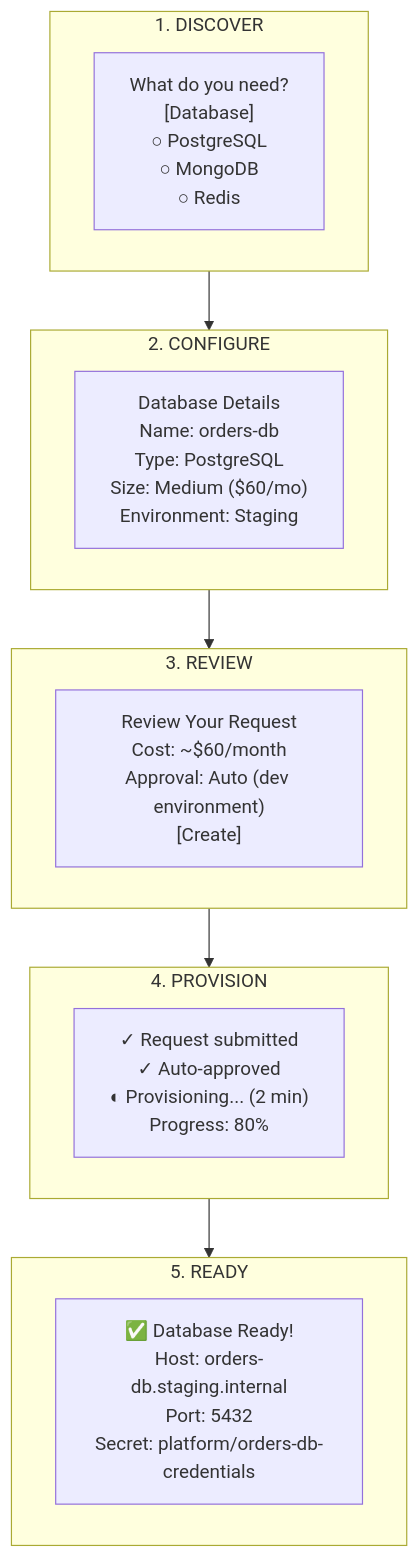
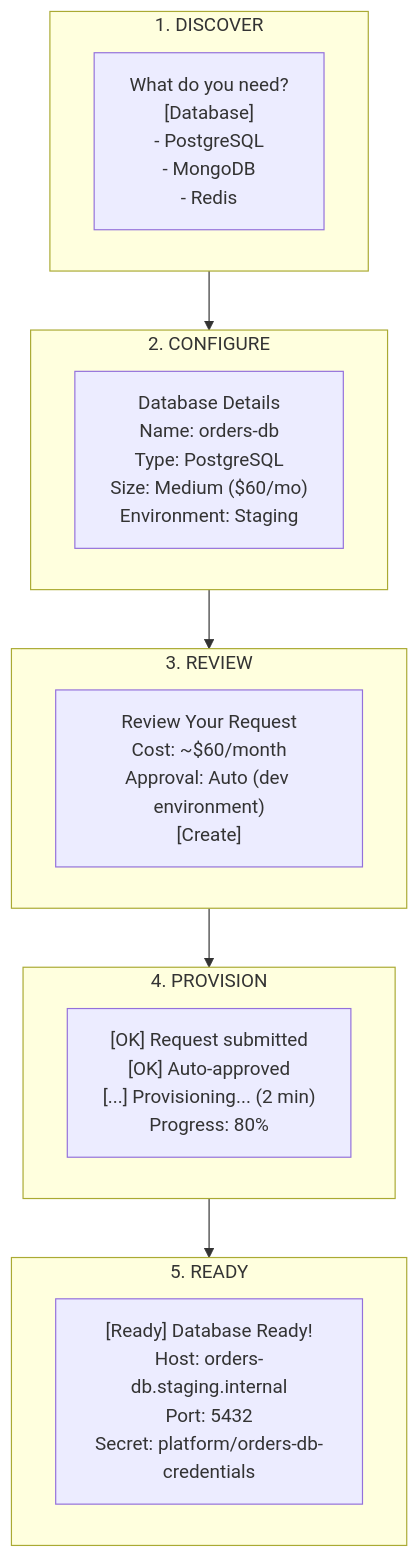
The seventh of 9 diagrams in src/content/docs/platform/disciplines/core-platform/platform-engineering/module-2.5-self-service-infrastructure.md (kube-dojo/kube-dojo), drawn with Mermaid before and after one commit. The commit also changed other lines of this file, not shown here.

Commit message:
chore(content): write-only draft [platform/disciplines/core-platform/platform-engineering/module-2.5-self-service-infrastructure]

````diff
--- a/src/content/docs/platform/disciplines/core-platform/platform-engineering/module-2.5-self-service-infrastructure.md
+++ b/src/content/docs/platform/disciplines/core-platform/platform-engineering/module-2.5-self-service-infrastructure.md
@@ -707,24 +709,24 @@
 ```mermaid
 flowchart TD
     subgraph S1["1. DISCOVER"]
-        D["What do you need?<br/>[Database]<br/>○ PostgreSQL<br/>○ MongoDB<br/>○ Redis"]
+        D["What do you need?<br/>[Database]<br/>- PostgreSQL<br/>- MongoDB<br/>- Redis"]
     end
     
     subgraph S2["2. CONFIGURE"]
         C["Database Details<br/>Name: orders-db<br/>Type: PostgreSQL<br/>Size: Medium ($60/mo)<br/>Environment: Staging"]
     end
     
     subgraph S3["3. REVIEW"]
         R["Review Your Request<br/>Cost: ~$60/month<br/>Approval: Auto (dev environment)<br/>[Create]"]
     end
     
     subgraph S4["4. PROVISION"]
-        P["✓ Request submitted<br/>✓ Auto-approved<br/>◐ Provisioning... (2 min)<br/>Progress: 80%"]
+        P["[OK] Request submitted<br/>[OK] Auto-approved<br/>[...] Provisioning... (2 min)<br/>Progress: 80%"]
     end
     
     subgraph S5["5. READY"]
-        F["✅ Database Ready!<br/>Host: orders-db.staging.internal<br/>Port: 5432<br/>Secret: platform/orders-db-credentials"]
+        F["[Ready] Database Ready!<br/>Host: orders-db.staging.internal<br/>Port: 5432<br/>Secret: platform/orders-db-credentials"]
     end
     
     S1 --> S2 --> S3 --> S4 --> S5
 ```
````
